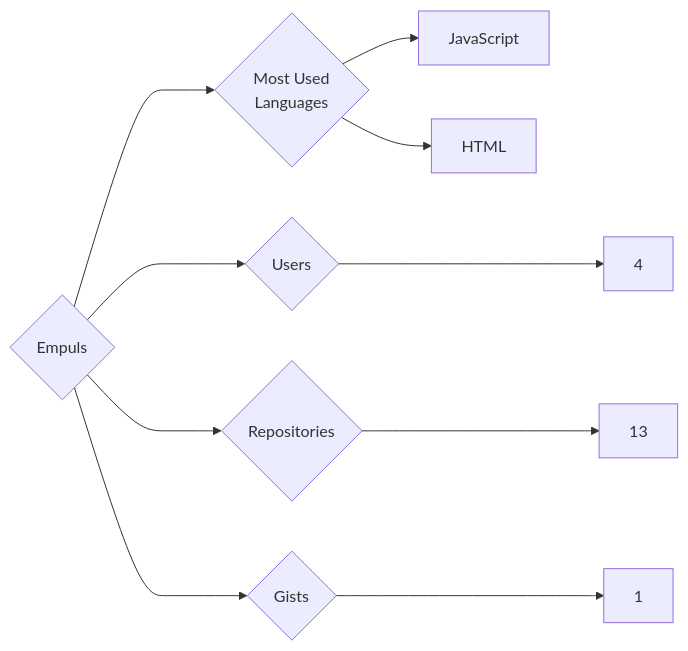
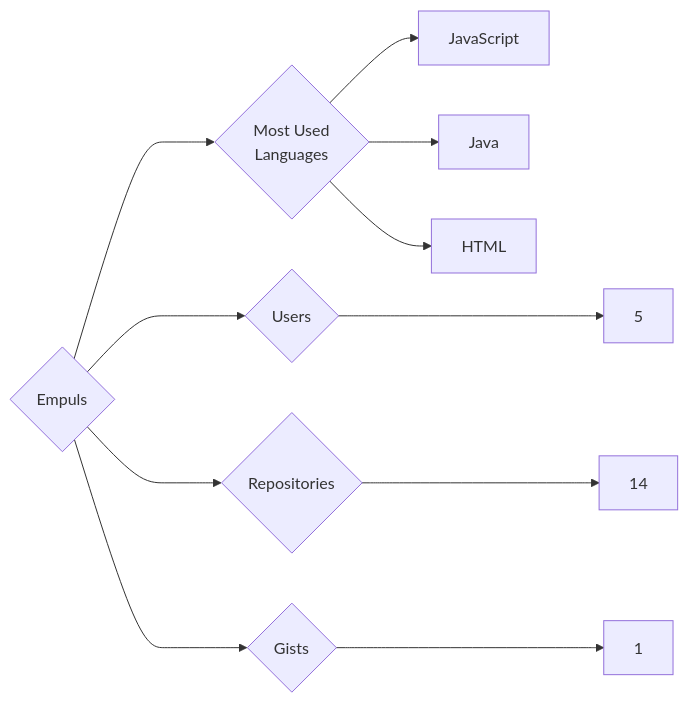
Before and after one commit to trickest/insiders: the diagram in targets/Empuls/README.md, drawn with Mermaid. The commit also changed 1167 other files, not shown here.

````diff
--- a/targets/Empuls/README.md
+++ b/targets/Empuls/README.md
@@ -3,10 +3,11 @@
 ```mermaid
 graph LR
 COMPANY_NAME{Empuls}
-COMPANY_NAME ---> U{Users} ---> UN[4]
-COMPANY_NAME ---> R{Repositories} ---> RN[13]
+COMPANY_NAME ---> U{Users} ---> UN[5]
+COMPANY_NAME ---> R{Repositories} ---> RN[14]
 COMPANY_NAME ---> G{Gists} ---> GN[1]
 COMPANY_NAME ---> ML{Most Used<br>Languages}
 ML --> JavaScript[JavaScript]
+ML --> Java[Java]
 ML --> HTML[HTML]
 ```
````
